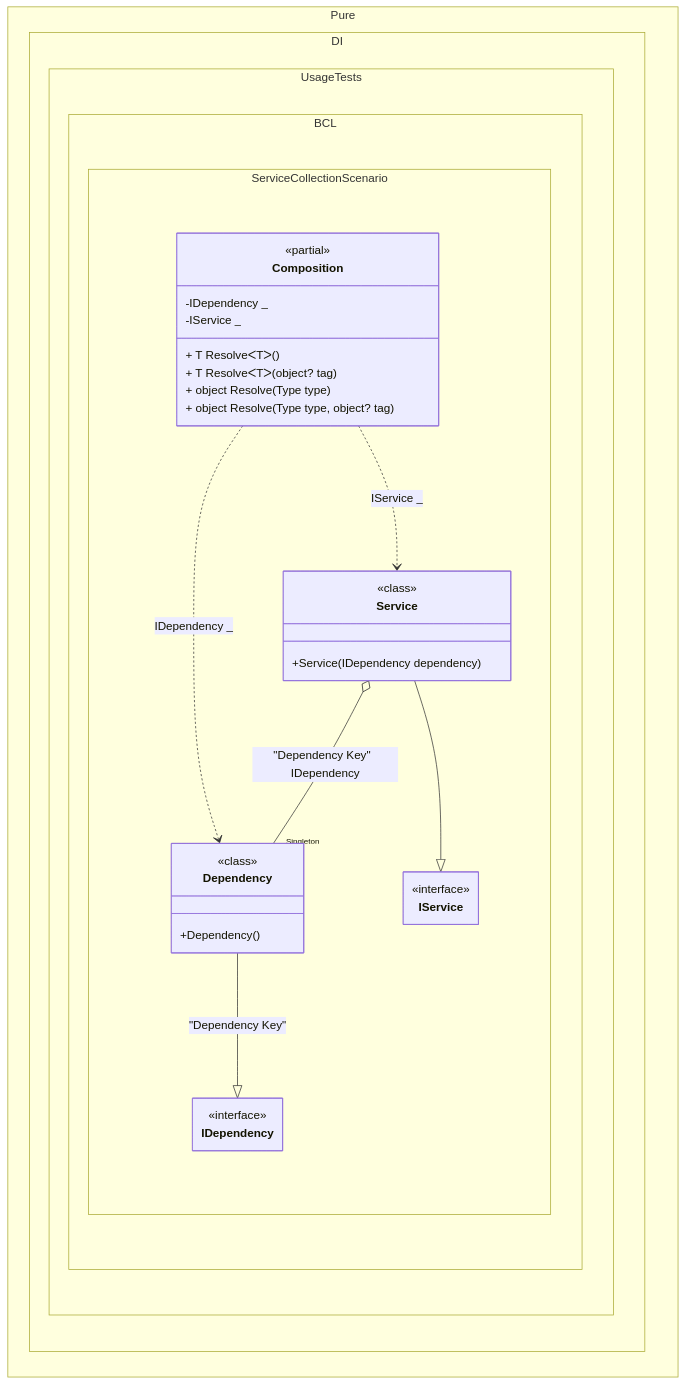
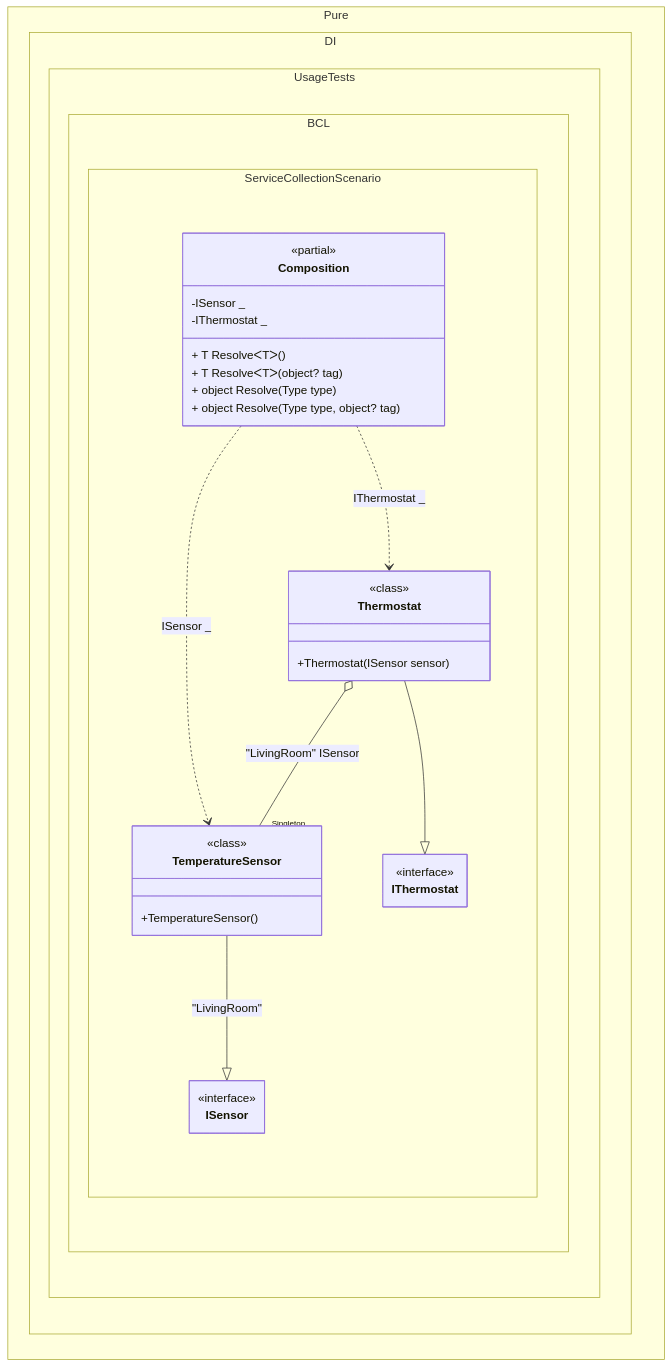
Before and after one commit to DevTeam/Pure.DI: the diagram in readme/service-collection.md, drawn with Mermaid. The commit also changed other lines of this file and 126 other files, not shown here.

````diff
--- a/readme/service-collection.md
+++ b/readme/service-collection.md
@@ -292,40 +292,40 @@
 ```mermaid
 ---
  config:
   maxTextSize: 2147483647
   maxEdges: 2147483647
   class:
    hideEmptyMembersBox: true
 ---
 classDiagram
-	Dependency --|> IDependency : "Dependency Key" 
-	Service --|> IService
-	Composition ..> Service : IService _
-	Composition ..> Dependency : IDependency _
-	Service o-- "Singleton" Dependency : "Dependency Key"  IDependency
+	TemperatureSensor --|> ISensor : "LivingRoom" 
+	Thermostat --|> IThermostat
+	Composition ..> Thermostat : IThermostat _
+	Composition ..> TemperatureSensor : ISensor _
+	Thermostat o-- "Singleton" TemperatureSensor : "LivingRoom"  ISensor
 	namespace Pure.DI.UsageTests.BCL.ServiceCollectionScenario {
 		class Composition {
 		<<partial>>
-		-IDependency _
-		-IService _
+		-ISensor _
+		-IThermostat _
 		+ T ResolveᐸTᐳ()
 		+ T ResolveᐸTᐳ(object? tag)
 		+ object Resolve(Type type)
 		+ object Resolve(Type type, object? tag)
 		}
-		class Dependency {
-				<<class>>
-			+Dependency()
-		}
-		class IDependency {
+		class ISensor {
 			<<interface>>
 		}
-		class IService {
+		class IThermostat {
 			<<interface>>
 		}
-		class Service {
+		class TemperatureSensor {
 				<<class>>
-			+Service(IDependency dependency)
+			+TemperatureSensor()
+		}
+		class Thermostat {
+				<<class>>
+			+Thermostat(ISensor sensor)
 		}
 	}
 ```
````
